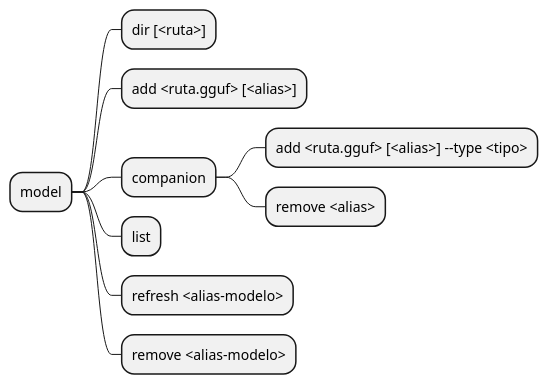
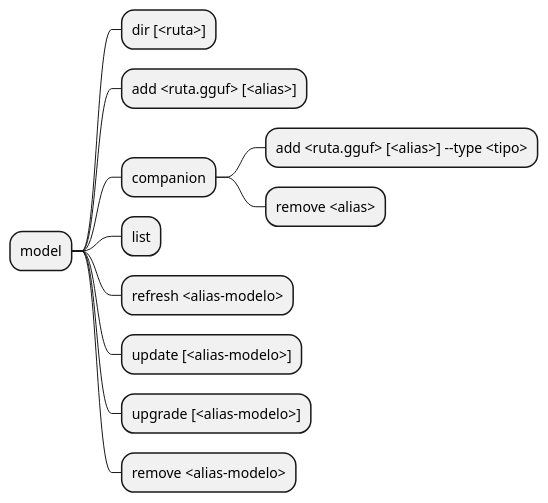
One commit to mstranich/coquena changed the third of 12 diagrams in docs/comandos.md. Above: the diagram before and after it, drawn with PlantUML. The commit also changed other lines of this file and 8 other files, not shown here.

````diff
--- a/docs/comandos.md
+++ b/docs/comandos.md
@@ -76,13 +75,15 @@
 ```plantuml
 @startmindmap
 * model
 ** dir [<ruta>]
 ** add <ruta.gguf> [<alias>]
 ** companion
 *** add <ruta.gguf> [<alias>] --type <tipo>
 *** remove <alias>
 ** list
 ** refresh <alias-modelo>
+** update [<alias-modelo>]
+** upgrade [<alias-modelo>]
 ** remove <alias-modelo>
 @endmindmap
 ```
````
